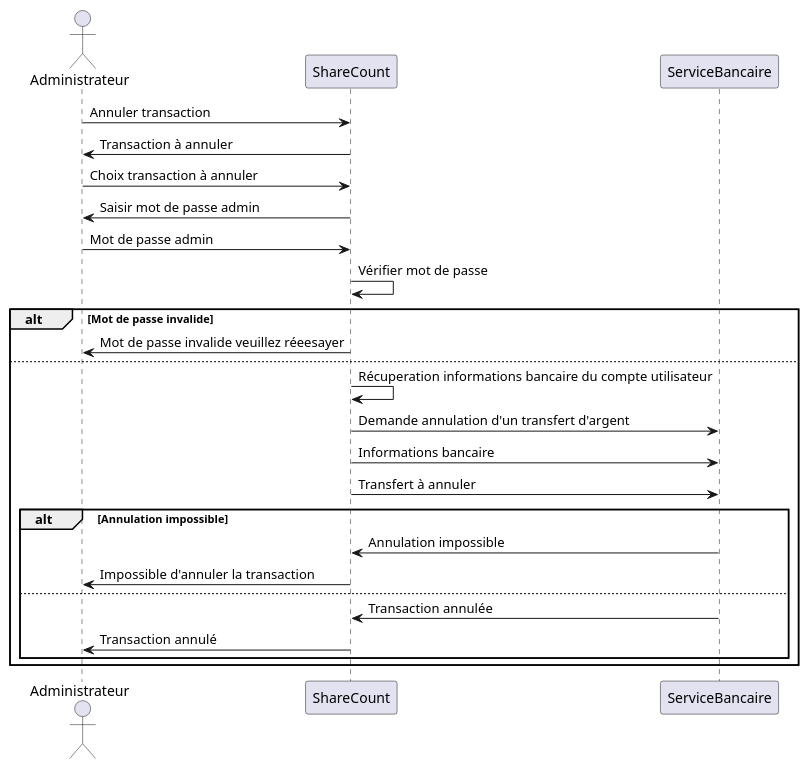
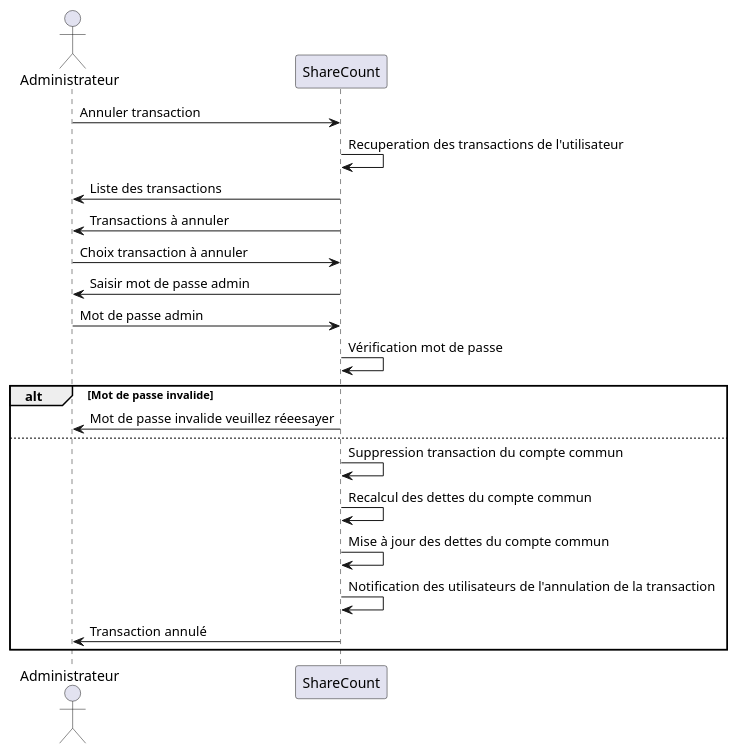
The diagram in diagrammes/specification/sequence/admin-annuler-tansactions-profil.puml (lmtb06/sharecount), drawn with PlantUML before and after one commit. The commit also changed 7 other files, not shown here.

Commit message:
- Actualisation diagramme de package - Ajout de la creation de compte pour admin - Correction de differents diagrammes de séquence

```diff
--- a/diagrammes/specification/sequence/admin-annuler-tansactions-profil.puml
+++ b/diagrammes/specification/sequence/admin-annuler-tansactions-profil.puml
@@ -1,28 +1,22 @@
 @startuml
 actor Administrateur as a
 participant ShareCount as sc
-participant ServiceBancaire as sb
 
 a 	-> 	sc : Annuler transaction
-a 	<- 	sc : Transaction à annuler
+sc 	-> 	sc : Recuperation des transactions de l'utilisateur
+a 	<- 	sc : Liste des transactions
+a 	<- 	sc : Transactions à annuler
 a 	-> 	sc : Choix transaction à annuler
 a 	<- 	sc : Saisir mot de passe admin
 a 	-> 	sc : Mot de passe admin
-sc 	-> 	sc : Vérifier mot de passe
+sc 	-> 	sc : Vérification mot de passe
 alt Mot de passe invalide
 a 	<- 	sc : Mot de passe invalide veuillez réeesayer
 else
-sc 	-> 	sc : Récuperation informations bancaire du compte utilisateur
-sc 	->	sb : Demande annulation d'un transfert d'argent
-sc 	-> 	sb : Informations bancaire
-sc 	->	sb : Transfert à annuler
-
-alt Annulation impossible
-sc 	<-	sb : Annulation impossible
-a 	<- 	sc : Impossible d'annuler la transaction
-else
-sc 	<-	sb : Transaction annulée
+sc 	-> 	sc : Suppression transaction du compte commun
+sc 	-> 	sc : Recalcul des dettes du compte commun
+sc 	-> 	sc : Mise à jour des dettes du compte commun
+sc 	-> 	sc : Notification des utilisateurs de l'annulation de la transaction
 a 	<- 	sc : Transaction annulé
 end
-end
 @enduml
```
